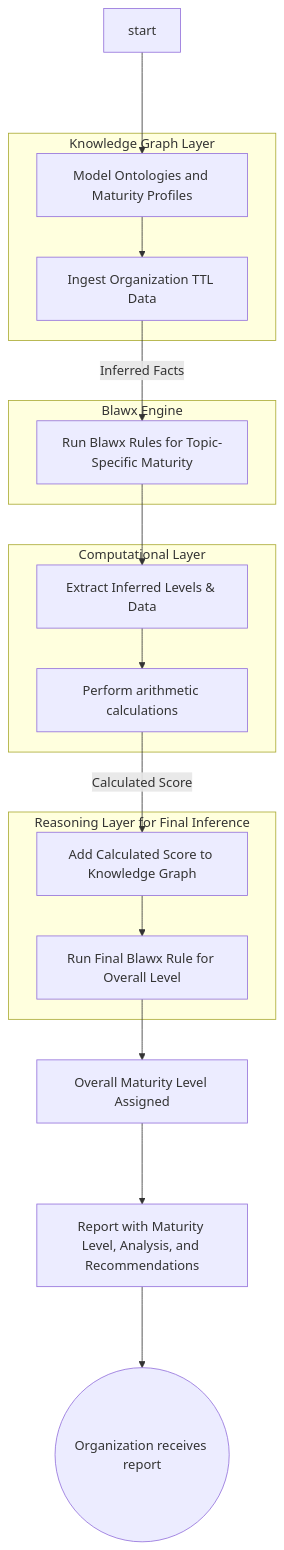
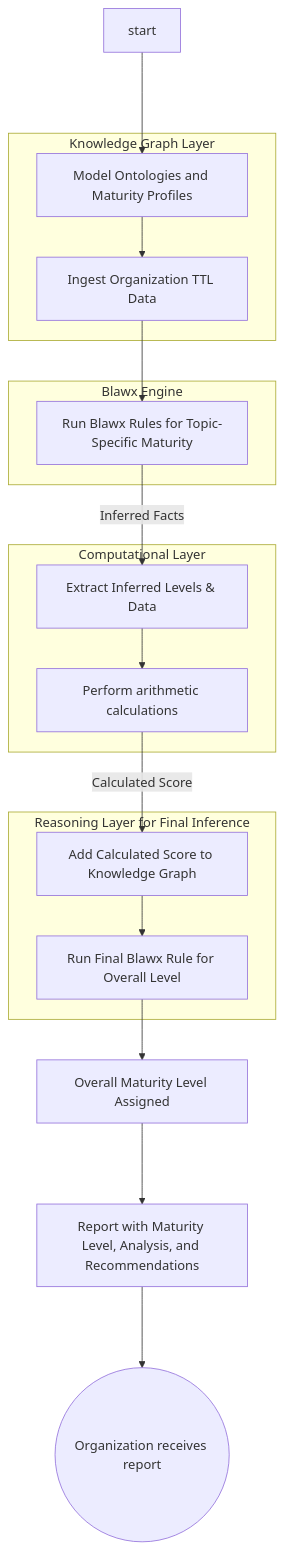
The diagram in content/dmat-processflow.md (heidingaway/heidi2), drawn with Mermaid before and after one commit. The commit also changed 1 other file, not shown here.

Commit message:
Quartz sync: Aug 5, 2025, 12:47 PM

````diff
--- a/content/dmat-processflow.md
+++ b/content/dmat-processflow.md
@@ -14,34 +14,34 @@
 ```mermaid
 flowchart TD
 start
 
   subgraph s1["Knowledge Graph Layer"]
     n1["Model Ontologies and Maturity Profiles"]
     n2["Ingest Organization TTL Data"]
   end
   subgraph s2["Blawx Engine"]
     n3["Run Blawx Rules for Topic-Specific Maturity"]
   end
   subgraph s3["Computational Layer"]
     n4["Extract Inferred Levels &amp; Data"]
     n5["Perform arithmetic calculations"]
   end
   subgraph s4["Reasoning Layer for Final Inference"]
     n6["Add Calculated Score to Knowledge Graph"]
     n7["Run Final Blawx Rule for Overall Level"]
   end
   n8["Overall Maturity Level Assigned"]
   n9["Report with Maturity Level, Analysis, and Recommendations"]
   n10((Organization receives report))
 
   start ---> n1
   n1 --> n2
-  n2 -- Inferred Facts --> n3
-  n3 --> n4
+  n2 --> n3
+  n3 -- Inferred Facts --> n4
   n4 --> n5
   n5 -- Calculated Score --> n6
   n6 --> n7
   n7 --> n8
   n8 --->n9
   n9 --->n10
 ```
````
